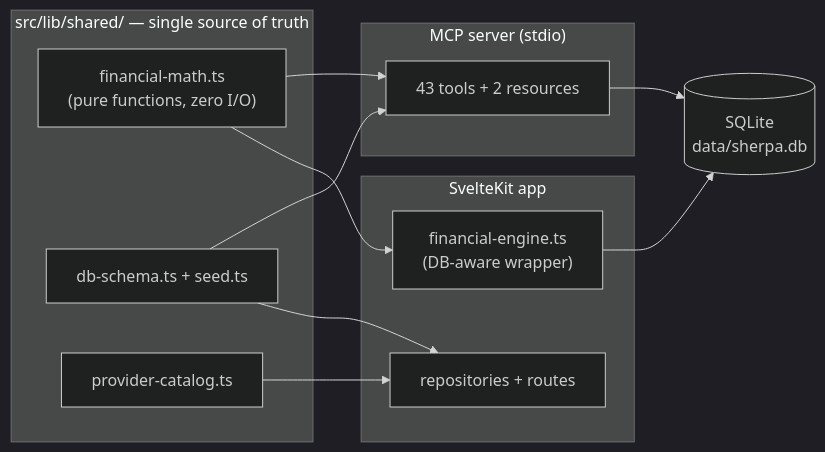
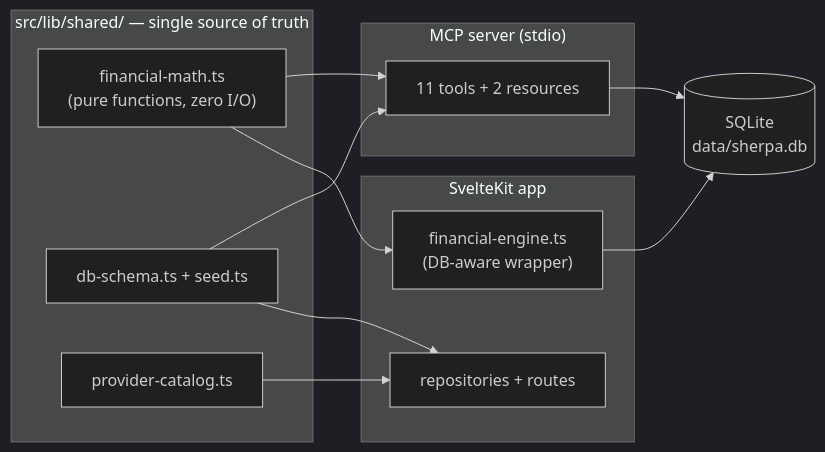
The diagram in README.md (piotrlangowski/Sherpa), drawn with Mermaid (dark theme) before and after one commit. The commit also changed other lines of this file and 8 other files, not shown here.

````diff
--- a/README.md
+++ b/README.md
@@ -85,27 +84,27 @@
 ```mermaid
 graph LR
     subgraph shared ["src/lib/shared/ — single source of truth"]
         FM["financial-math.ts<br/>(pure functions, zero I/O)"]
         SCH["db-schema.ts + seed.ts"]
         CAT["provider-catalog.ts"]
     end
 
     subgraph app ["SvelteKit app"]
         ENGINE["financial-engine.ts<br/>(DB-aware wrapper)"]
         REPOS["repositories + routes"]
     end
 
     subgraph mcp ["MCP server (stdio)"]
-        TOOLS["43 tools + 2 resources"]
+        TOOLS["11 tools + 2 resources"]
     end
 
     DB[("SQLite<br/>data/sherpa.db")]
 
     FM --> ENGINE
     FM --> TOOLS
     SCH --> REPOS
     SCH --> TOOLS
     CAT --> REPOS
     ENGINE --> DB
     TOOLS --> DB
 ```
````
